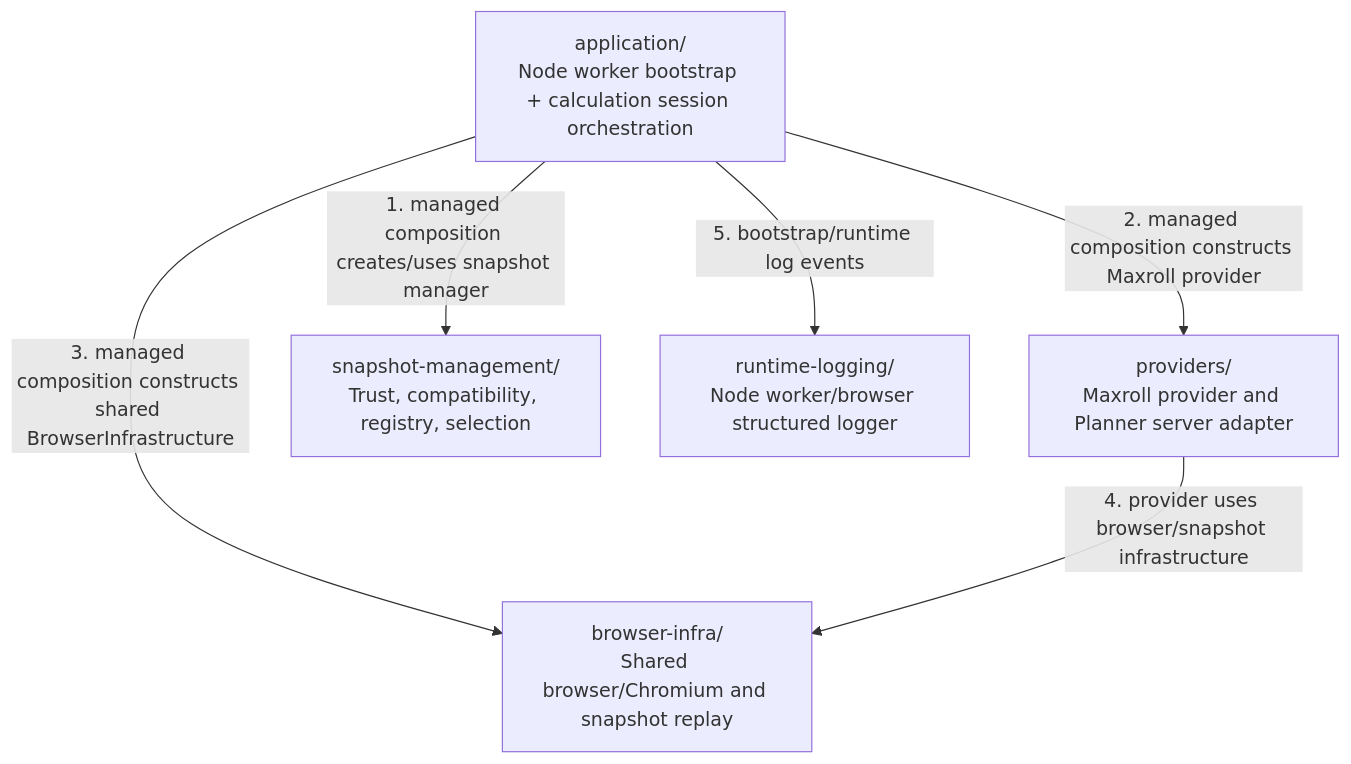
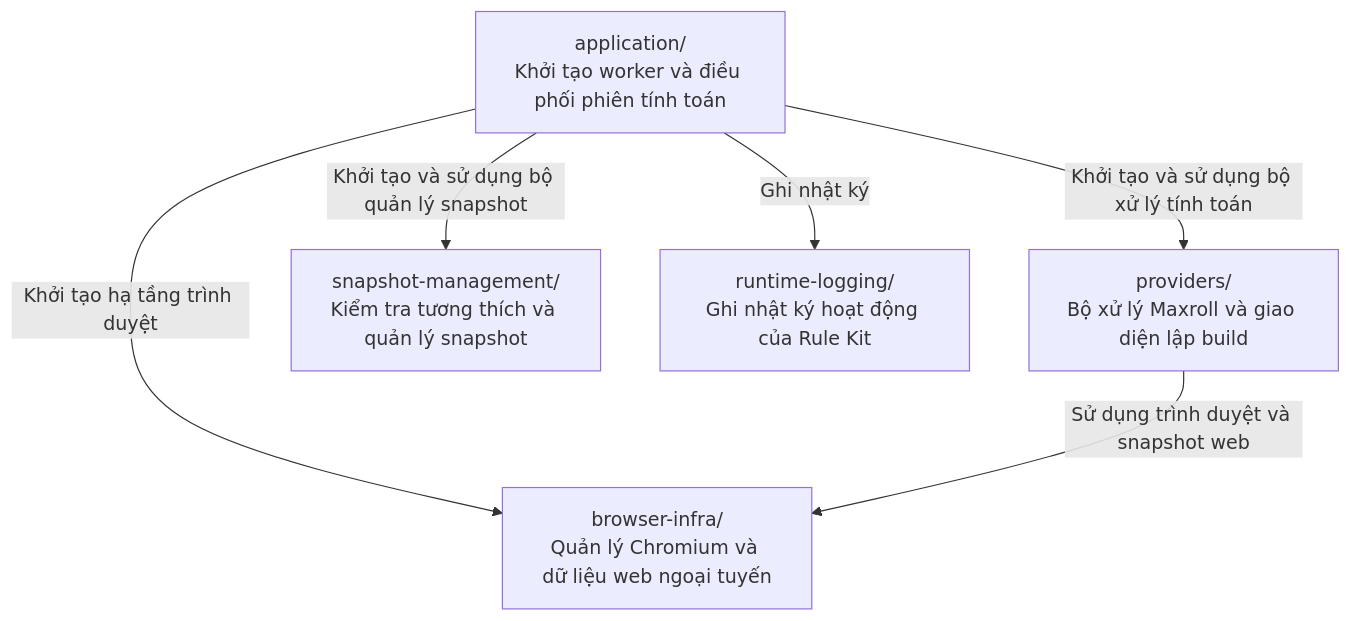
Before and after one commit to Synclab-VN-dev/StreamOps: the diagram in utility/d4planner/d4planner-rulekit/architecture.md, drawn with Mermaid. The commit also changed other lines of this file, not shown here.

Commit message:
docs(d4planner): chỉ giữ sơ đồ Mermaid tiếng Việt

````diff
--- a/utility/d4planner/d4planner-rulekit/architecture.md
+++ b/utility/d4planner/d4planner-rulekit/architecture.md
@@ -7,14 +1,14 @@
 ```mermaid
 flowchart TD
-    A["application/<br/>Node worker bootstrap + calculation session orchestration"]
-    P["providers/<br/>Maxroll provider and Planner server adapter"]
-    B["browser-infra/<br/>Shared browser/Chromium and snapshot replay"]
-    S["snapshot-management/<br/>Trust, compatibility, registry, selection"]
-    L["runtime-logging/<br/>Node worker/browser structured logger"]
+    APP["application/<br/>Khởi tạo worker và điều phối phiên tính toán"]
+    PROVIDERS["providers/<br/>Bộ xử lý Maxroll và giao diện lập build"]
+    BROWSER["browser-infra/<br/>Quản lý Chromium và dữ liệu web ngoại tuyến"]
+    SNAPSHOT["snapshot-management/<br/>Kiểm tra tương thích và quản lý snapshot"]
+    LOG["runtime-logging/<br/>Ghi nhật ký hoạt động của Rule Kit"]
 
-    A -->|"1. managed composition creates/uses snapshot manager"| S
-    A -->|"2. managed composition constructs Maxroll provider"| P
-    A -->|"3. managed composition constructs shared BrowserInfrastructure"| B
-    P -->|"4. provider uses browser/snapshot infrastructure"| B
-    A -->|"5. bootstrap/runtime log events"| L
+    APP -->|"Khởi tạo và sử dụng bộ quản lý snapshot"| SNAPSHOT
+    APP -->|"Khởi tạo và sử dụng bộ xử lý tính toán"| PROVIDERS
+    APP -->|"Khởi tạo hạ tầng trình duyệt"| BROWSER
+    PROVIDERS -->|"Sử dụng trình duyệt và snapshot web"| BROWSER
+    APP -->|"Ghi nhật ký"| LOG
 ```
````
